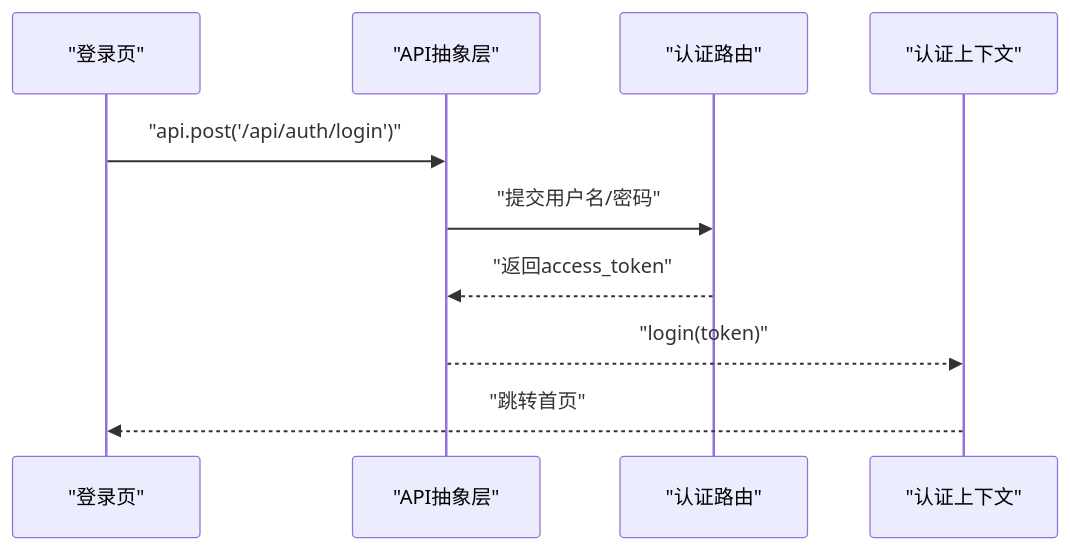
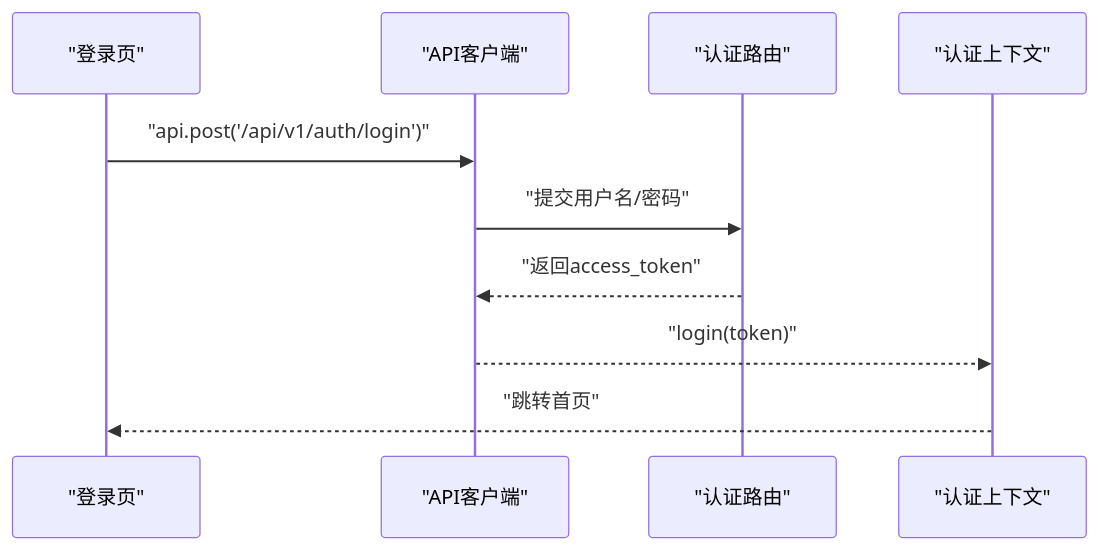
Before and after one commit to breeze-lyf/ai-stock-advisor: the fifth of 8 diagrams in .qoder/repowiki/zh/content/前端开发指南/API集成模式.md, drawn with Mermaid. The commit also changed other lines of this file and 52 other files, not shown here.

````diff
--- a/.qoder/repowiki/zh/content/前端开发指南/API集成模式.md
+++ b/.qoder/repowiki/zh/content/前端开发指南/API集成模式.md
@@ -183,12 +249,12 @@
 ```mermaid
 sequenceDiagram
 participant Login as "登录页"
-participant API as "API抽象层"
+participant API as "API客户端"
 participant Auth as "认证路由"
 participant Ctx as "认证上下文"
-Login->>API : "api.post('/api/auth/login')"
+Login->>API : "api.post('/api/v1/auth/login')"
 API->>Auth : "提交用户名/密码"
 Auth-->>API : "返回access_token"
 API-->>Ctx : "login(token)"
 Ctx-->>Login : "跳转首页"
 ```
````
